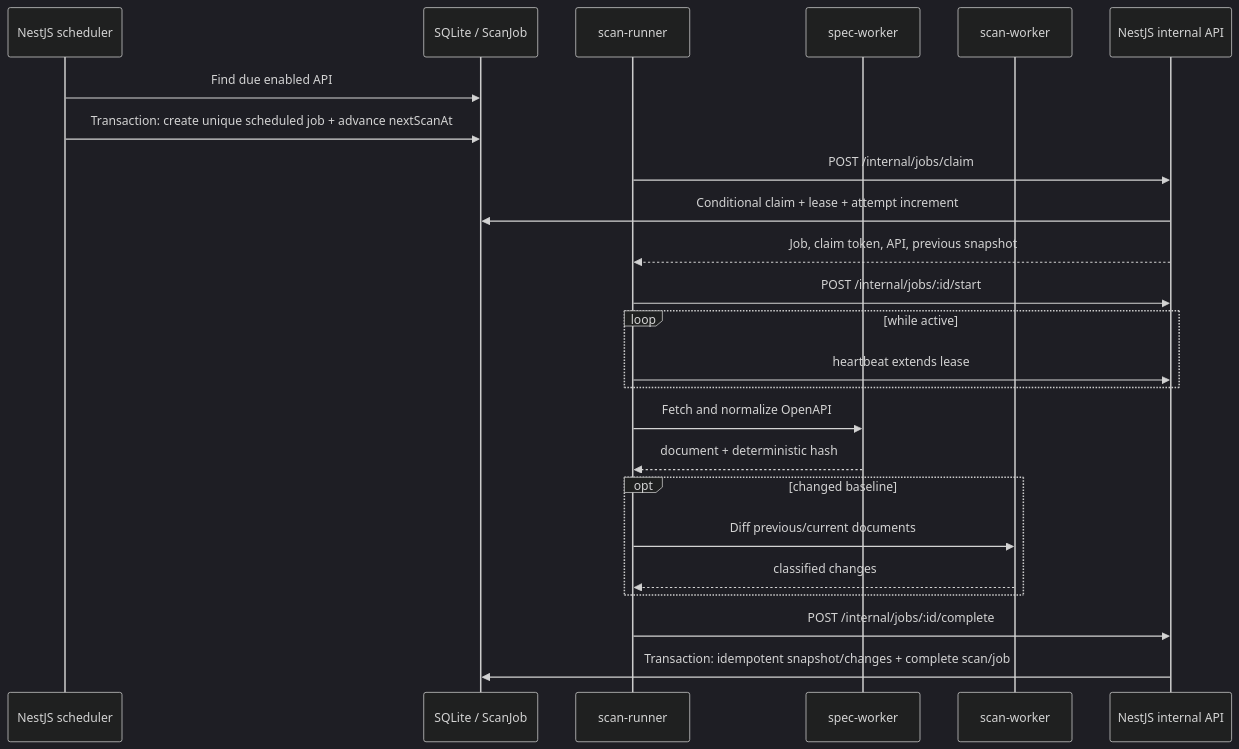
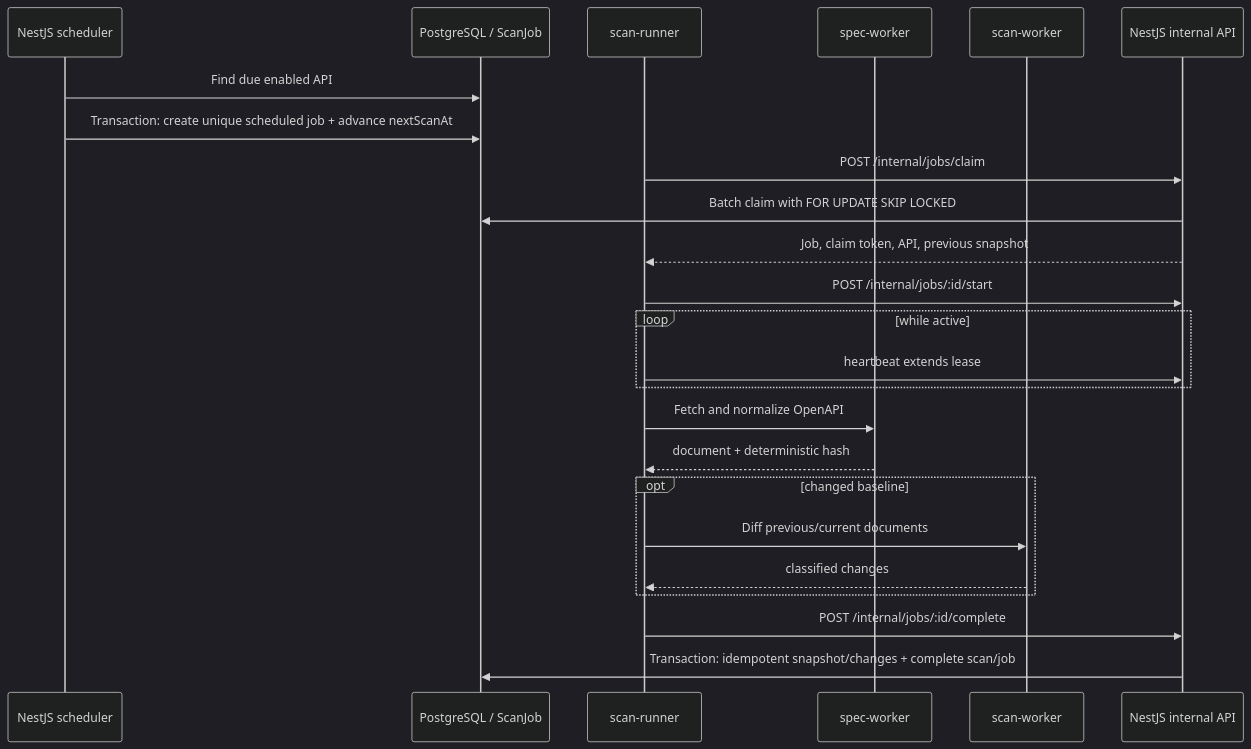
The second of 3 diagrams in docs/architecture.md (zrira/contrava), drawn with Mermaid (dark theme) before and after one commit. The commit also changed other lines of this file and 9 other files, not shown here.

Commit message:
docs: document PostgreSQL concurrency model

````diff
--- a/docs/architecture.md
+++ b/docs/architecture.md
@@ -24,26 +24,26 @@
 ```mermaid
 sequenceDiagram
   participant S as NestJS scheduler
-  participant DB as SQLite / ScanJob
+  participant DB as PostgreSQL / ScanJob
   participant R as scan-runner
   participant F as spec-worker
   participant D as scan-worker
   participant A as NestJS internal API
   S->>DB: Find due enabled API
   S->>DB: Transaction: create unique scheduled job + advance nextScanAt
   R->>A: POST /internal/jobs/claim
-  A->>DB: Conditional claim + lease + attempt increment
+  A->>DB: Batch claim with FOR UPDATE SKIP LOCKED
   A-->>R: Job, claim token, API, previous snapshot
   R->>A: POST /internal/jobs/:id/start
   loop while active
     R->>A: heartbeat extends lease
   end
   R->>F: Fetch and normalize OpenAPI
   F-->>R: document + deterministic hash
   opt changed baseline
     R->>D: Diff previous/current documents
     D-->>R: classified changes
   end
   R->>A: POST /internal/jobs/:id/complete
   A->>DB: Transaction: idempotent snapshot/changes + complete scan/job
 ```
````
